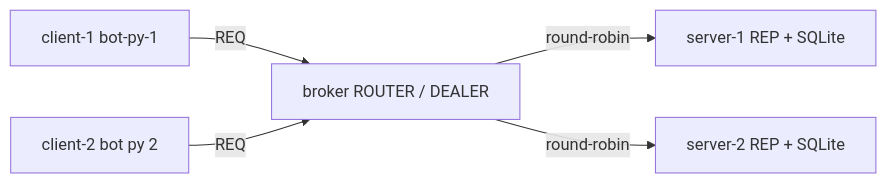
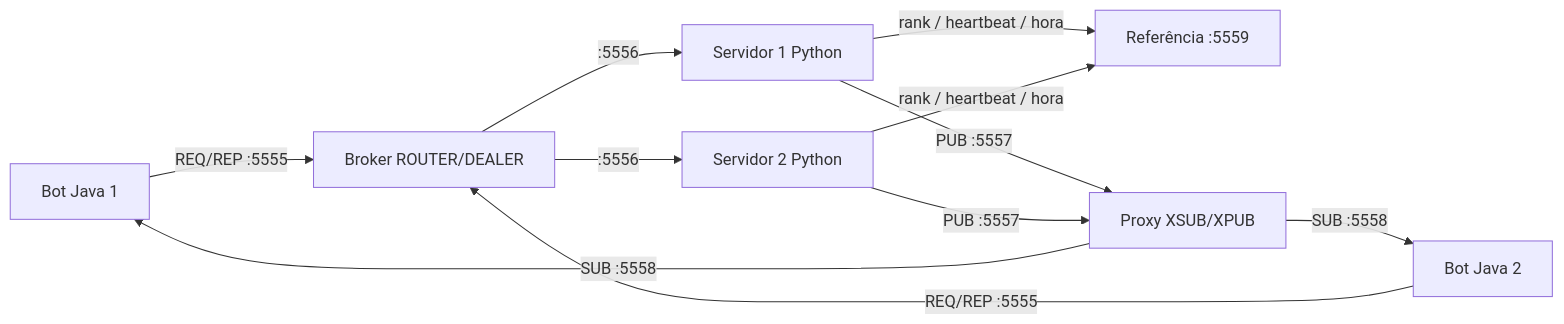
The diagram in README.md (Yasmin-Barros/FEI-SistDist), drawn with Mermaid before and after one commit. The commit also changed other lines of this file and 7 other files, not shown here.

````diff
--- a/README.md
+++ b/README.md
@@ -26,7 +17,13 @@
 ```mermaid
 flowchart LR
-  C1[client-1 bot-py-1] -- REQ --> B
-  C2[client-2 bot py 2] -- REQ --> B
-  B[broker ROUTER / DEALER] -- round-robin --> S1[server-1 REP + SQLite]
-  B -- round-robin --> S2[server-2 REP + SQLite]
+  C1[Bot Java 1] -->|REQ/REP :5555| B[Broker ROUTER/DEALER]
+  C2[Bot Java 2] -->|REQ/REP :5555| B
+  B -->|:5556| S1[Servidor 1 Python]
+  B -->|:5556| S2[Servidor 2 Python]
+  S1 -->|rank / heartbeat / hora| R[Referência :5559]
+  S2 -->|rank / heartbeat / hora| R
+  S1 -->|PUB :5557| P[Proxy XSUB/XPUB]
+  S2 -->|PUB :5557| P
+  P -->|SUB :5558| C1
+  P -->|SUB :5558| C2
 ```
````
